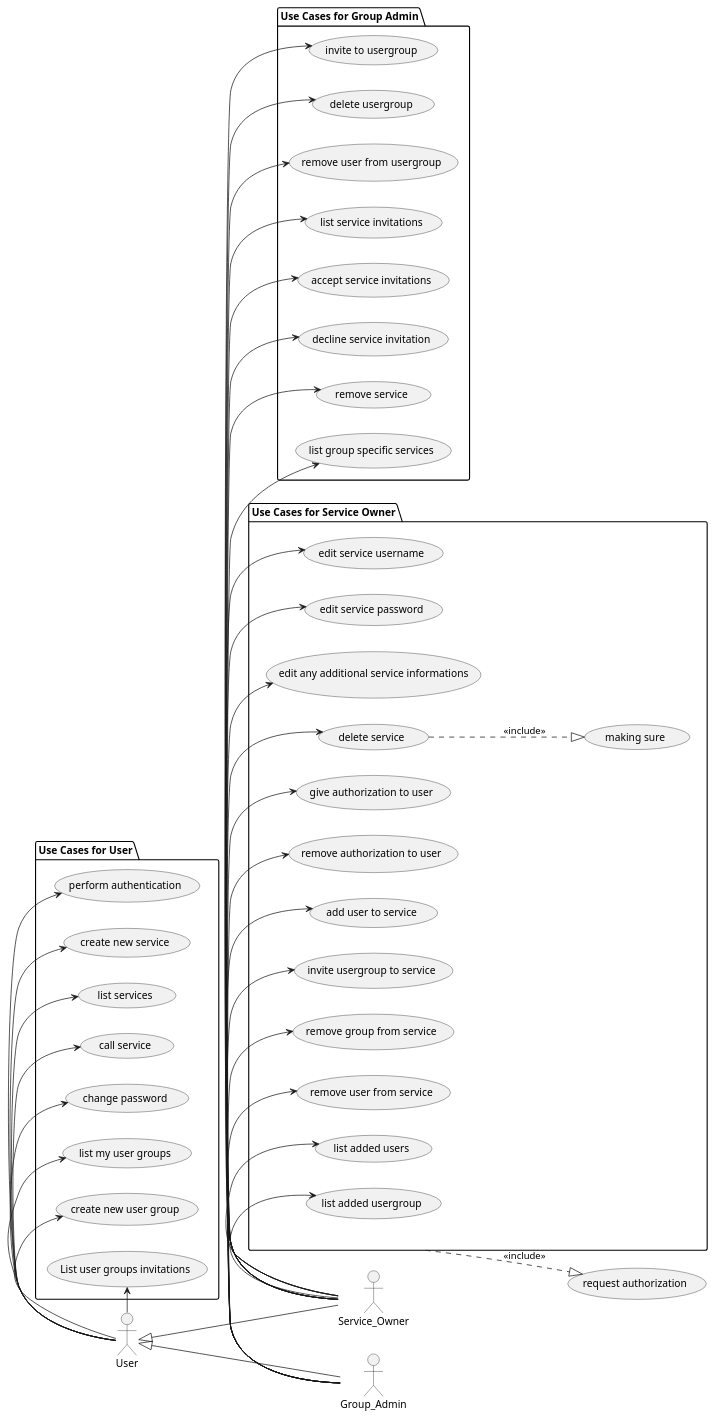
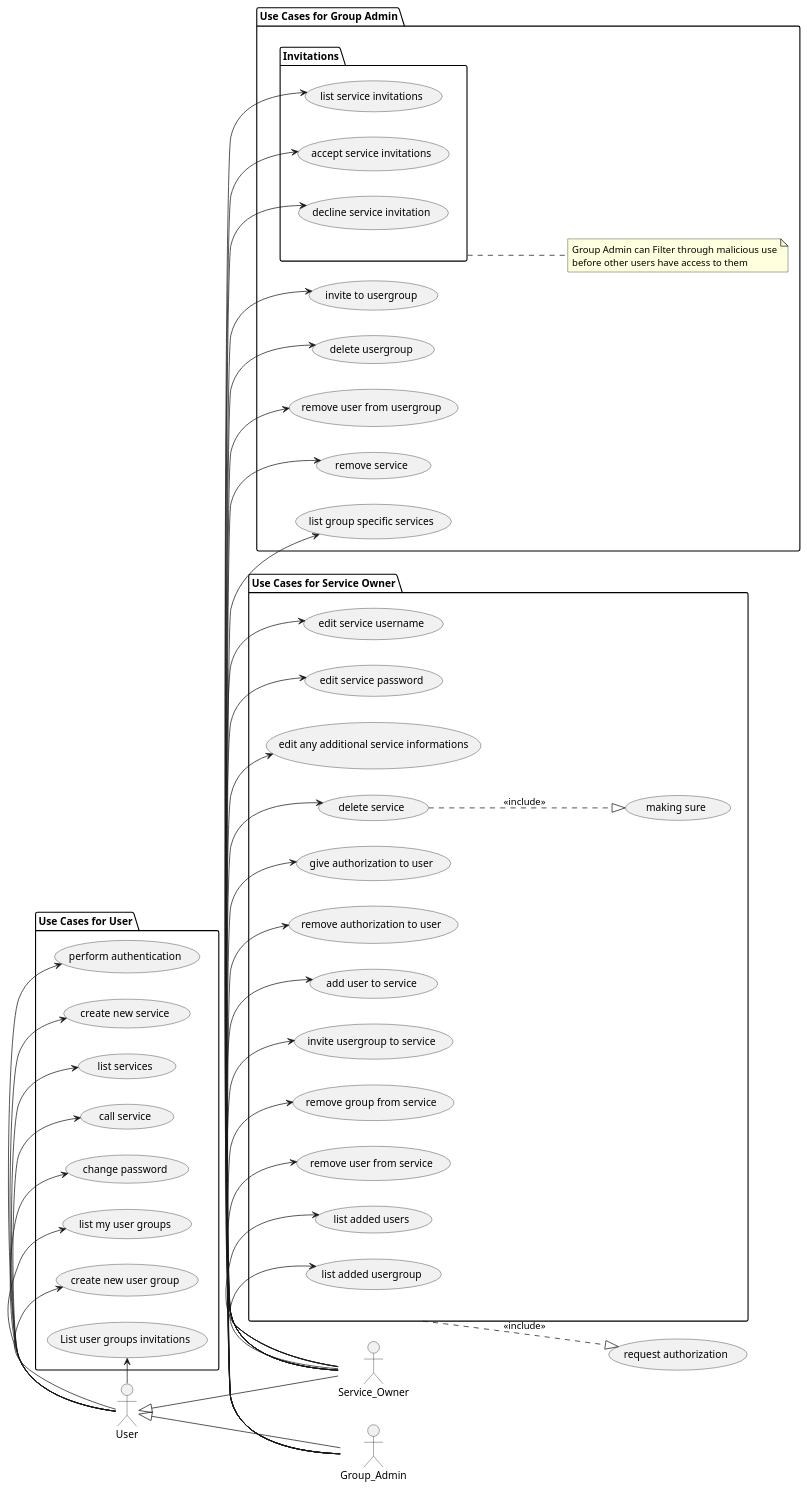
One commit to sesogr/auth-share changed the diagram in doc/usecase.plantuml. Above: the diagram before and after it, drawn with PlantUML.

Commit message:
docs: notiz für Invitations

```diff
--- a/doc/usecase.plantuml
+++ b/doc/usecase.plantuml
@@ -1,86 +1,92 @@
 @startuml
 
 left to right direction
 
 actor User
 actor Service_Owner
 actor Group_Admin
 
 User <|-- Service_Owner
 User <|-- Group_Admin
 
 package "Use Cases for User" {
     (perform authentication) as PA
     (create new service) as CNS
     (list services) as LS
     (call service) as CS
     (change password) as CP
     (list my user groups) as LMUG
     (create new user group) as CNUG
     (List user groups invitations) as LUGI
 }
 
 User -> PA
 User -> CNS
 User -> LS
 User -> CS
 User -> CP
 User -> LMUG
 User -> CNUG
 User -> LUGI
 
 package "Use Cases for Service Owner" as SO{
     (edit service username) as ESU
     (edit service password) as ESP
     (edit any additional service informations) as EASI
     (delete service) as DS
     
     (give authorization to user) as G_AUTH
     (remove authorization to user) as R_AUTH
     (add user to service) as AUTS
     (invite usergroup to service) as IUFS
     (remove group from service) as RGFS
     (remove user from service) as RUFS
     (list added users) as LAU
     (list added usergroup) as LAG
     (making sure) as MS
 }
 
 (request authorization) as AUTH
 
 DS ..|> MS : <<include>>
 Service_Owner -> ESU
 Service_Owner -> ESP
 Service_Owner -> EASI
 Service_Owner -> DS
 SO ..|> AUTH : <<include>>
 Service_Owner -> G_AUTH
 Service_Owner -> R_AUTH
 Service_Owner -> AUTS
 Service_Owner -> IUFS
 Service_Owner -> RGFS
 Service_Owner -> RUFS
 Service_Owner -> LAU
 Service_Owner -> LAG
 
 package "Use Cases for Group Admin" {
     (invite to usergroup) as ITG
     (delete usergroup) as DG
     (remove user from usergroup) as RUFG
+    package "Invitations" as Invitations{
     (list service invitations) as LSI
     (accept service invitations) as ASI
     (decline service invitation) as DSI
+    }
+    note right of Invitations
+    Group Admin can Filter through malicious use
+    before other users have access to them
+    end note
     (remove service) as RS
     (list group specific services) as LGSS
 }
 
 Group_Admin -> ITG
 Group_Admin -> DG
 Group_Admin -> RUFG
 Group_Admin -> LSI
 Group_Admin -> ASI
 Group_Admin -> DSI
 Group_Admin -> RS
 Group_Admin -> LGSS
 
 @enduml
```
